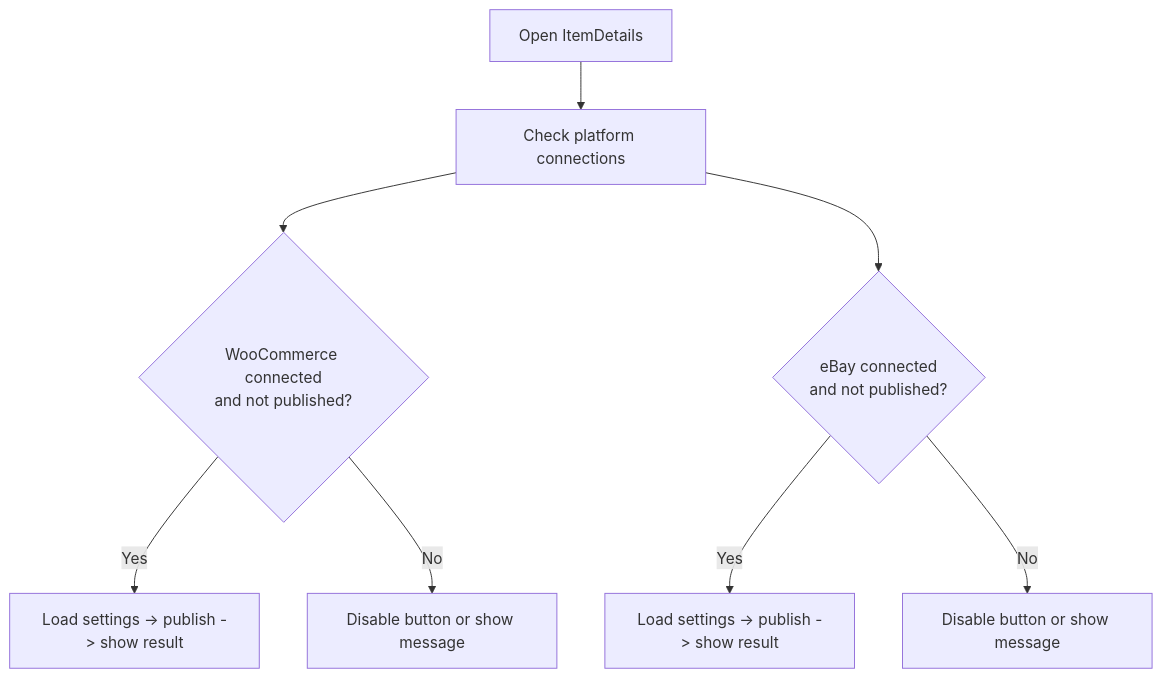
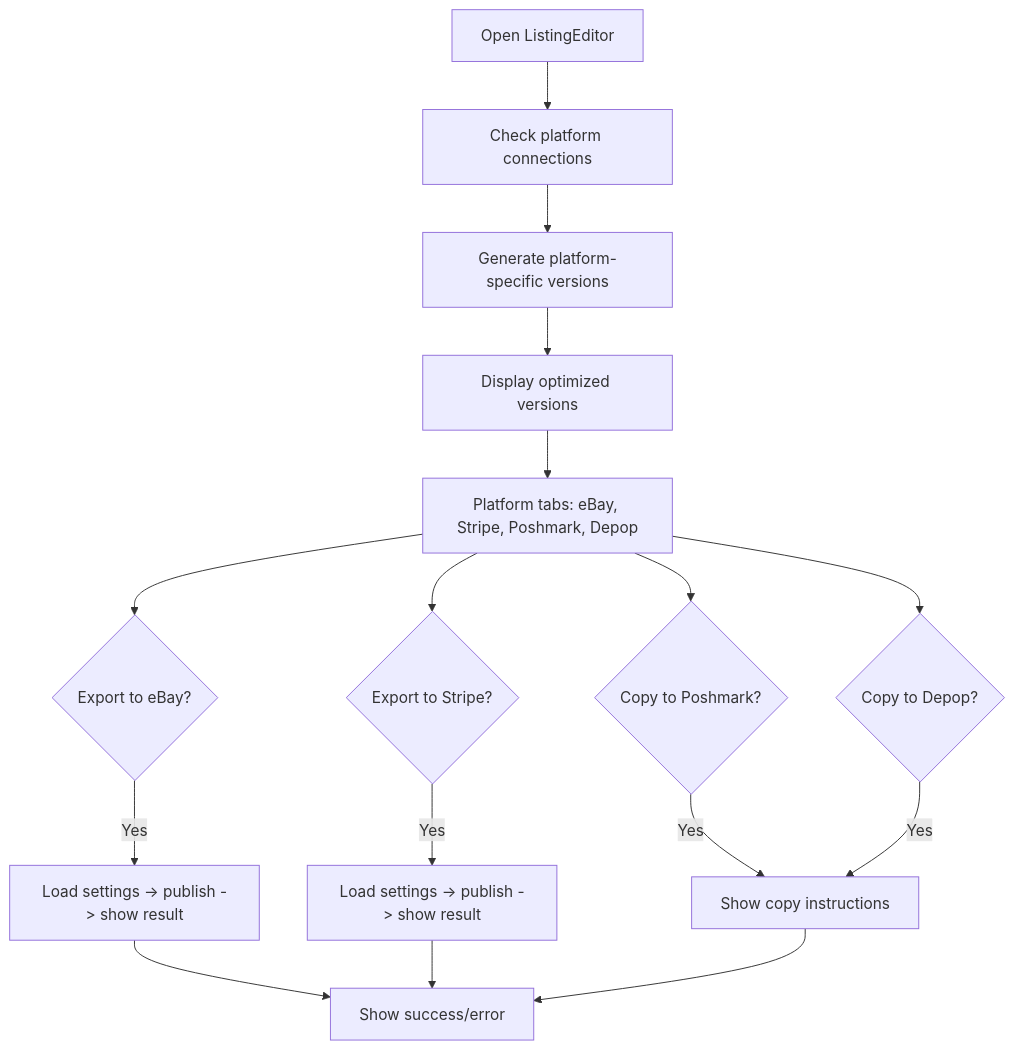
One commit to hunglevi87/Hidden-Gem changed the sixth of 11 diagrams in .qoder/repowiki/en/content/Marketplace Integration/Multi-Platform Publishing.md. Above: the diagram before and after it, drawn with Mermaid. The commit also changed other lines of this file and 14 other files, not shown here.

First line of the commit message:
feat(ai-integration): add OpenFang provider and eBay MCP marketplace automation

````diff
--- a/.qoder/repowiki/en/content/Marketplace Integration/Multi-Platform Publishing.md
+++ b/.qoder/repowiki/en/content/Marketplace Integration/Multi-Platform Publishing.md
@@ -246,10 +276,18 @@
 ```mermaid
 flowchart TD
-OpenItem["Open ItemDetails"] --> CheckConn["Check platform connections"]
-CheckConn --> PublishWoo{"WooCommerce connected<br/>and not published?"}
-CheckConn --> PublishEbay{"eBay connected<br/>and not published?"}
-PublishWoo --> |Yes| WooFlow["Load settings -> publish -> show result"]
-PublishEbay --> |Yes| EbayFlow["Load settings -> publish -> show result"]
-PublishWoo --> |No| DisabledWoo["Disable button or show message"]
-PublishEbay --> |No| DisabledEbay["Disable button or show message"]
+OpenListing["Open ListingEditor"] --> CheckConn["Check platform connections"]
+CheckConn --> AIAnalysis["Generate platform-specific versions"]
+AIAnalysis --> DisplayVersions["Display optimized versions"]
+DisplayVersions --> PlatformTabs["Platform tabs: eBay, Stripe, Poshmark, Depop"]
+PlatformTabs --> ExportEbay{"Export to eBay?"}
+PlatformTabs --> ExportStripe{"Export to Stripe?"}
+PlatformTabs --> CopyPoshmark{"Copy to Poshmark?"}
+PlatformTabs --> CopyDepop{"Copy to Depop?"}
+ExportEbay --> |Yes| eBayFlow["Load settings -> publish -> show result"]
+ExportStripe --> |Yes| StripeFlow["Load settings -> publish -> show result"]
+CopyPoshmark --> |Yes| CopyFlow["Show copy instructions"]
+CopyDepop --> |Yes| CopyFlow
+eBayFlow --> Success["Show success/error"]
+StripeFlow --> Success
+CopyFlow --> Success
 ```
````
